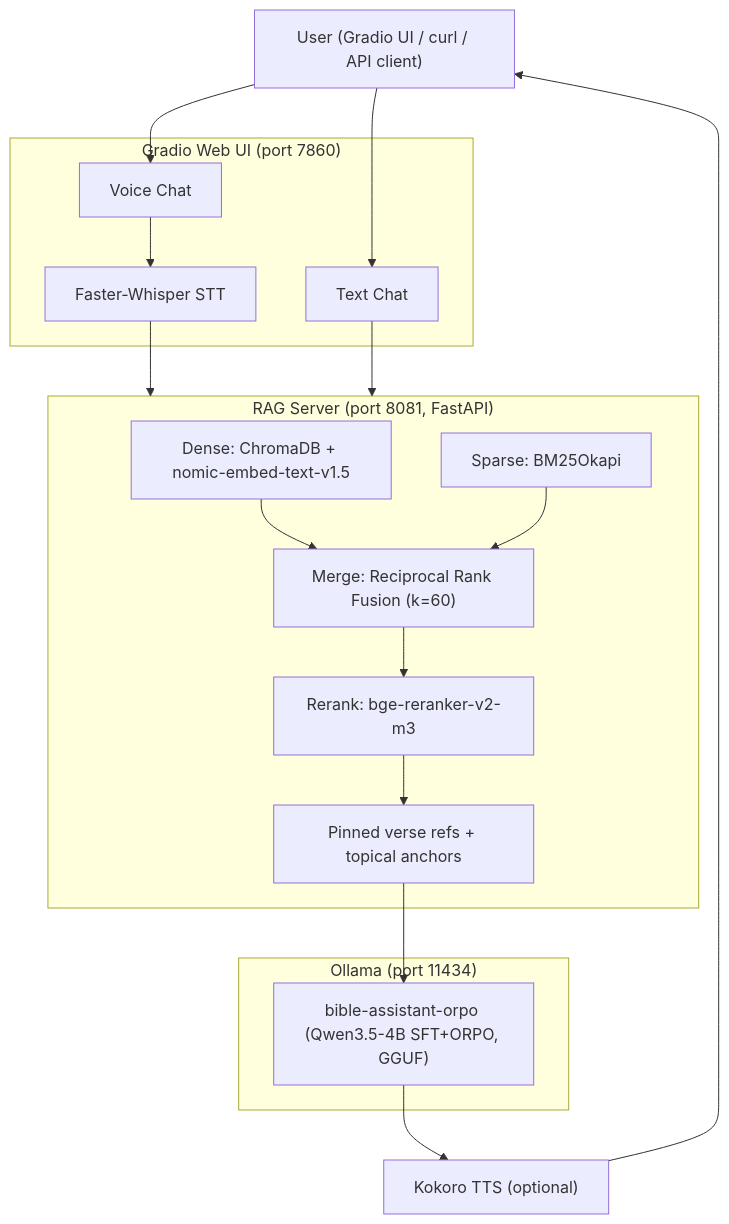
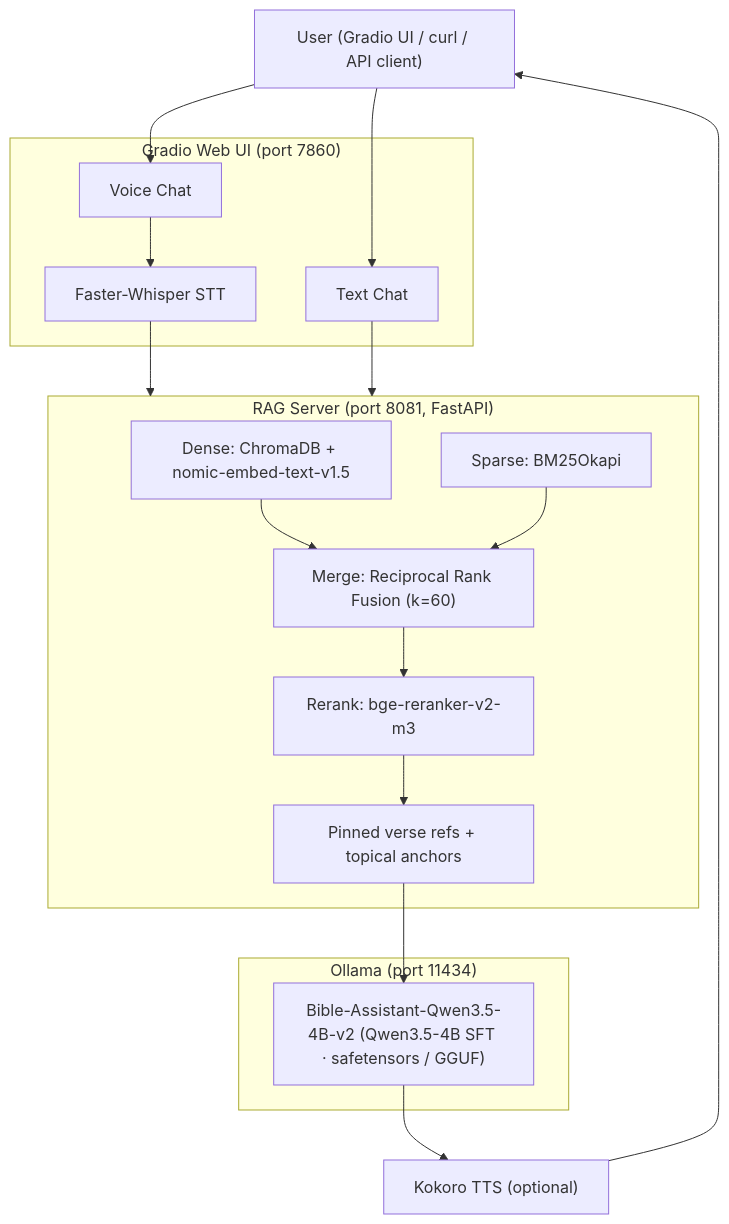
One commit to t-timms/bible-ai-assistant changed the diagram in README.md. Above: the diagram before and after it, drawn with Mermaid. The commit also changed other lines of this file and 17 other files, not shown here.

First line of the commit message:
v2-4b: publish + HF repo rename to Bible-Assistant-Qwen3.5-4B-v2 (#40)

````diff
--- a/README.md
+++ b/README.md
@@ -36,39 +37,39 @@
 ```mermaid
 graph TD
     User["User (Gradio UI / curl / API client)"]
 
     subgraph UI ["Gradio Web UI (port 7860)"]
         TextChat["Text Chat"]
         VoiceChat["Voice Chat"]
         STT["Faster-Whisper STT"]
     end
 
     subgraph RAG ["RAG Server (port 8081, FastAPI)"]
         Dense["Dense: ChromaDB + nomic-embed-text-v1.5"]
         Sparse["Sparse: BM25Okapi"]
         RRF["Merge: Reciprocal Rank Fusion (k=60)"]
         Rerank["Rerank: bge-reranker-v2-m3"]
         Pinned["Pinned verse refs + topical anchors"]
     end
 
     subgraph LLM ["Ollama (port 11434)"]
-        Model["bible-assistant-orpo (Qwen3.5-4B SFT+ORPO, GGUF)"]
+        Model["Bible-Assistant-Qwen3.5-4B-v2 (Qwen3.5-4B SFT · safetensors / GGUF)"]
     end
 
     TTS["Kokoro TTS (optional)"]
 
     User --> TextChat
     User --> VoiceChat
     VoiceChat --> STT
     STT --> RAG
     TextChat --> RAG
 
     Dense --> RRF
     Sparse --> RRF
     RRF --> Rerank
     Rerank --> Pinned
     Pinned --> Model
 
     Model --> TTS
     TTS --> User
 ```
````
